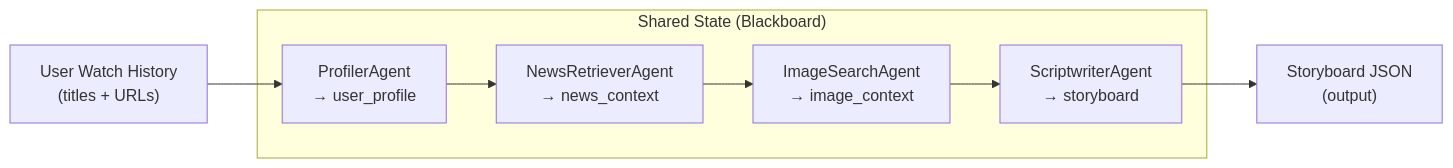
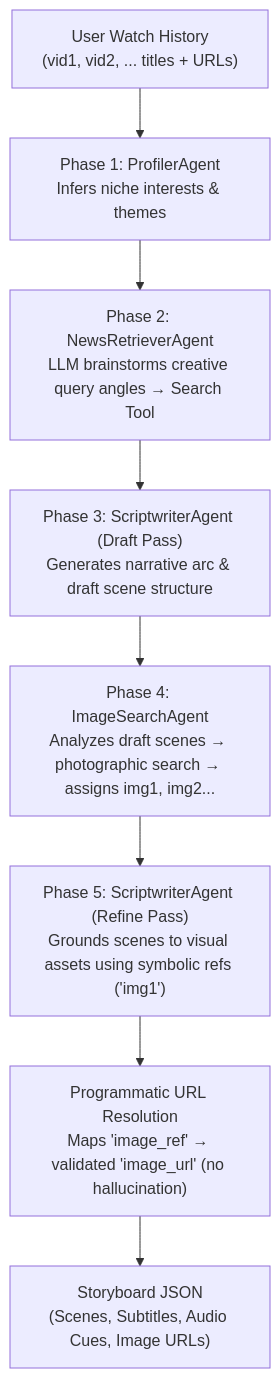
The first of 2 diagrams in docs/project_tracker.md (CharlesDupouy/nlp-multiagent-storyboarding), drawn with Mermaid before and after one commit. The commit also changed other lines of this file and 8 other files, not shown here.

First line of the commit message:
feat: two-pass storyboard drafting & refinement loop with symbolic image refs

````diff
--- a/docs/project_tracker.md
+++ b/docs/project_tracker.md
@@ -34,13 +34,10 @@
 ```mermaid
-flowchart LR
-    I["User Watch History\n(titles + URLs)"]
-    subgraph SharedState["Shared State (Blackboard)"]
-        P["ProfilerAgent\n→ user_profile"]
-        N["NewsRetrieverAgent\n→ news_context"]
-        IMG["ImageSearchAgent\n→ image_context"]
-        S["ScriptwriterAgent\n→ storyboard"]
-        P --> N --> IMG --> S
-    end
-    I --> P
-    S --> O["Storyboard JSON\n(output)"]
+flowchart TD
+    I["User Watch History\n(vid1, vid2, ... titles + URLs)"] --> P["Phase 1: ProfilerAgent\nInfers niche interests & themes"]
+    P --> N["Phase 2: NewsRetrieverAgent\nLLM brainstorms creative query angles → Search Tool"]
+    N --> S1["Phase 3: ScriptwriterAgent (Draft Pass)\nGenerates narrative arc & draft scene structure"]
+    S1 --> IMG["Phase 4: ImageSearchAgent\nAnalyzes draft scenes → photographic search → assigns img1, img2..."]
+    IMG --> S2["Phase 5: ScriptwriterAgent (Refine Pass)\nGrounds scenes to visual assets using symbolic refs ('img1')"]
+    S2 --> RES["Programmatic URL Resolution\nMaps 'image_ref' → validated 'image_url' (no hallucination)"]
+    RES --> O["Storyboard JSON\n(Scenes, Subtitles, Audio Cues, Image URLs)"]
 ```
````
